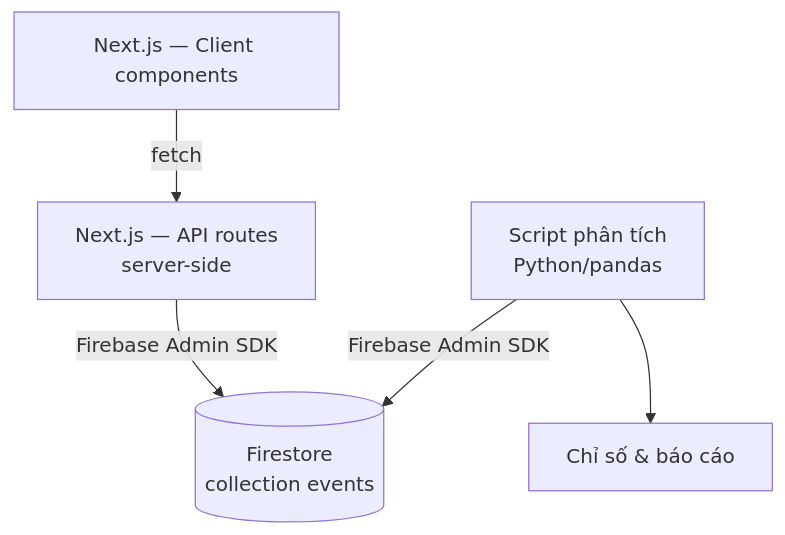
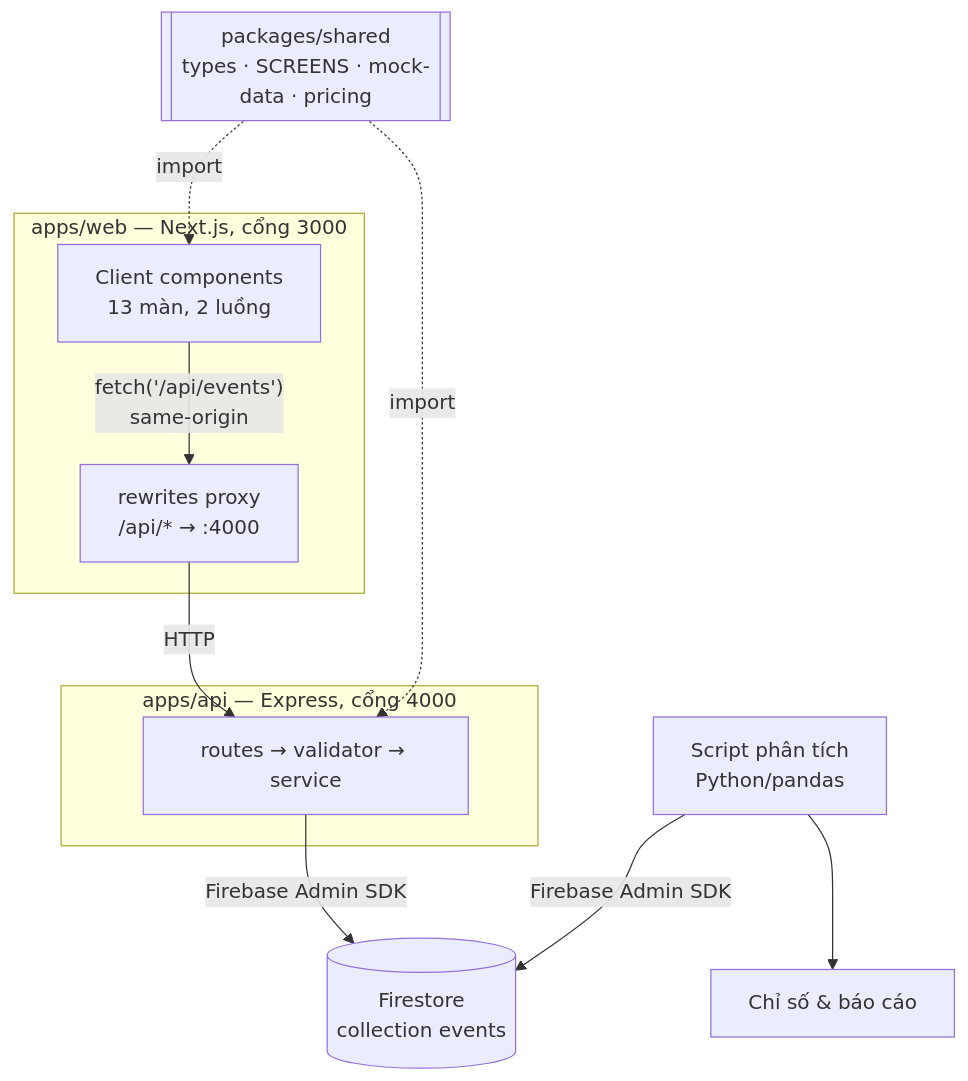
The diagram in ARCHITECTURE.md (trankieuoanh/Mo-phong-web-dat-xe), drawn with Mermaid before and after one commit. The commit also changed other lines of this file and 63 other files, not shown here.

````diff
--- a/ARCHITECTURE.md
+++ b/ARCHITECTURE.md
@@ -4,7 +7,20 @@
 ```mermaid
 flowchart TD
-  A[Next.js — Client components] -->|fetch| B[Next.js — API routes<br/>server-side]
+  subgraph web["apps/web — Next.js, cổng 3000"]
+    A[Client components<br/>13 màn, 2 luồng]
+    P[rewrites proxy<br/>/api/* → :4000]
+  end
+  subgraph api["apps/api — Express, cổng 4000"]
+    B[routes → validator → service]
+  end
+  S[["packages/shared<br/>types · SCREENS · mock-data · pricing"]]
+
+  A -->|"fetch('/api/events')<br/>same-origin"| P
+  P -->|HTTP| B
   B -->|Firebase Admin SDK| C[(Firestore<br/>collection events)]
+  S -.->|import| A
+  S -.->|import| B
+
   D[Script phân tích<br/>Python/pandas] -->|Firebase Admin SDK| C
   D --> E[Chỉ số & báo cáo]
 ```
````
